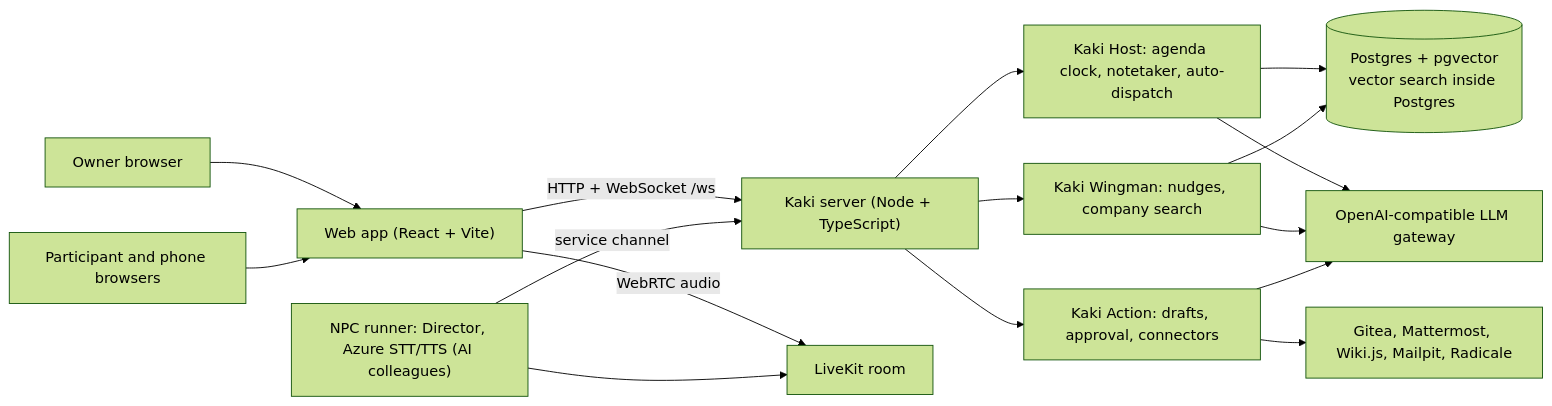
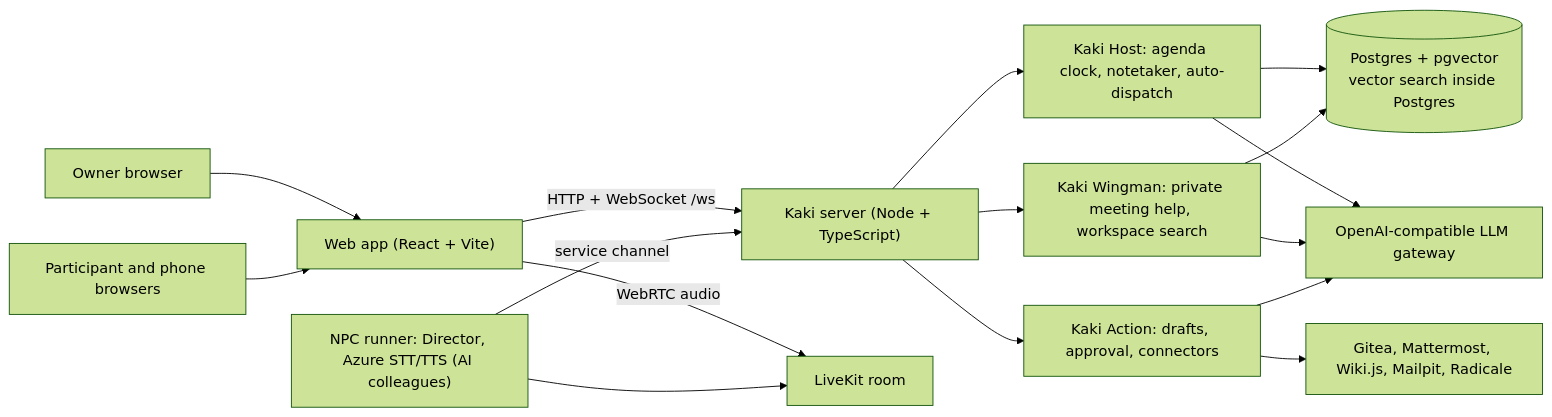
Before and after one commit to joshualumzy/kaki: the diagram in README.md, drawn with Mermaid (forest theme). The commit also changed other lines of this file and 21 other files, not shown here.

Commit message:
feat(wingman): one private Wingman for real and practice meetings (ask, given, asked-you, record); retire nudges and agenda-driven facts

````diff
--- a/README.md
+++ b/README.md
@@ -104,18 +104,18 @@
 ```mermaid
 flowchart LR
   Owner["Owner browser"] --> Web["Web app (React + Vite)"]
   People["Participant and phone browsers"] --> Web
   Web -->|"HTTP + WebSocket /ws"| Server["Kaki server (Node + TypeScript)"]
   Server --> Host["Kaki Host: agenda clock, notetaker, auto-dispatch"]
-  Server --> Wingman["Kaki Wingman: nudges, company search"]
+  Server --> Wingman["Kaki Wingman: private meeting help, workspace search"]
   Server --> Action["Kaki Action: drafts, approval, connectors"]
   Host --> PG[("Postgres + pgvector<br/>vector search inside Postgres")]
   Wingman --> PG
   Host --> LLM["OpenAI-compatible LLM gateway"]
   Wingman --> LLM
   Action --> LLM
   Action --> Tools["Gitea, Mattermost, Wiki.js, Mailpit, Radicale"]
   Web -->|"WebRTC audio"| LiveKit["LiveKit room"]
   NPC["NPC runner: Director, Azure STT/TTS (AI colleagues)"] --> LiveKit
   NPC -->|"service channel"| Server
 ```
````
